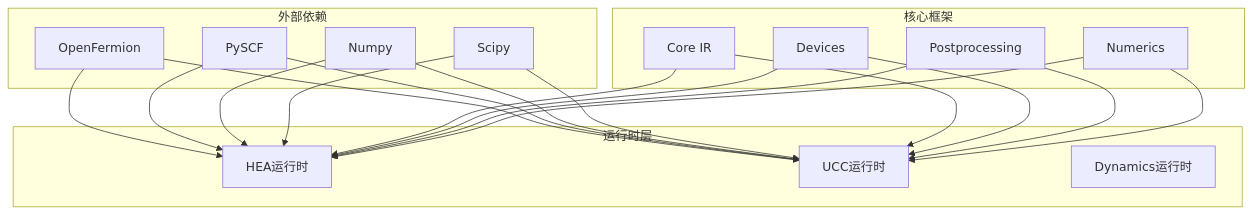
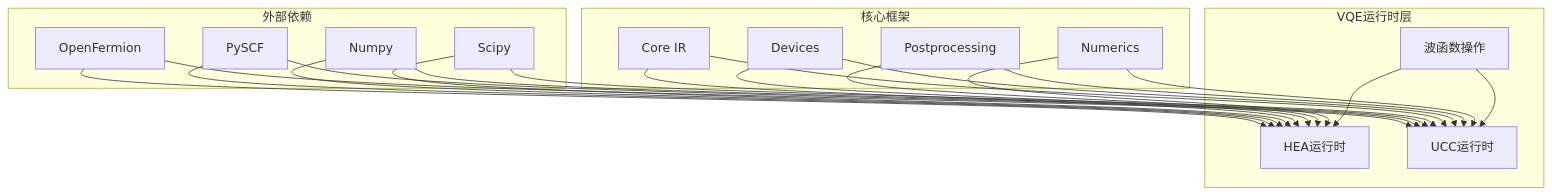
The seventh of 7 diagrams in .qoder/repowiki/zh/content/Applications Chem Runtimes.md (QureGenAI-Biotech/TyxonQ), drawn with Mermaid before and after one commit. The commit also changed other lines of this file and 9 other files, not shown here.

````diff
--- a/.qoder/repowiki/zh/content/Applications Chem Runtimes.md
+++ b/.qoder/repowiki/zh/content/Applications Chem Runtimes.md
@@ -304,36 +319,38 @@
 ```mermaid
 graph TB
 subgraph "外部依赖"
 OPENFERMION[OpenFermion]
 PYSCF[PySCF]
 NUMPY[Numpy]
 SCIPY[Scipy]
 end
 subgraph "核心框架"
 CORE_IR[Core IR]
 DEVICES[Devices]
 POSTPROCESSING[Postprocessing]
 NUMERICS[Numerics]
 end
-subgraph "运行时层"
+subgraph "VQE运行时层"
 HEA_RUNTIME[HEA运行时]
 UCC_RUNTIME[UCC运行时]
-DYNAMICS_RUNTIME[Dynamics运行时]
+WAVEFUNC[波函数操作]
 end
 OPENFERMION --> HEA_RUNTIME
 PYSCF --> HEA_RUNTIME
 NUMPY --> HEA_RUNTIME
 SCIPY --> HEA_RUNTIME
 CORE_IR --> HEA_RUNTIME
 DEVICES --> HEA_RUNTIME
 POSTPROCESSING --> HEA_RUNTIME
 NUMERICS --> HEA_RUNTIME
+WAVEFUNC --> HEA_RUNTIME
 OPENFERMION --> UCC_RUNTIME
 PYSCF --> UCC_RUNTIME
 NUMPY --> UCC_RUNTIME
 SCIPY --> UCC_RUNTIME
 CORE_IR --> UCC_RUNTIME
 DEVICES --> UCC_RUNTIME
 POSTPROCESSING --> UCC_RUNTIME
 NUMERICS --> UCC_RUNTIME
+WAVEFUNC --> UCC_RUNTIME
 ```
````
